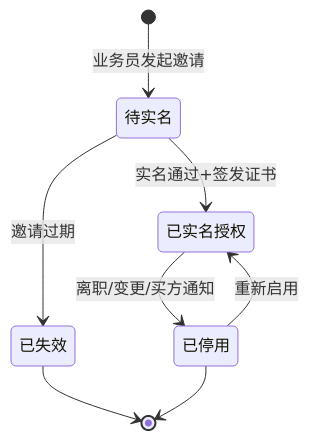
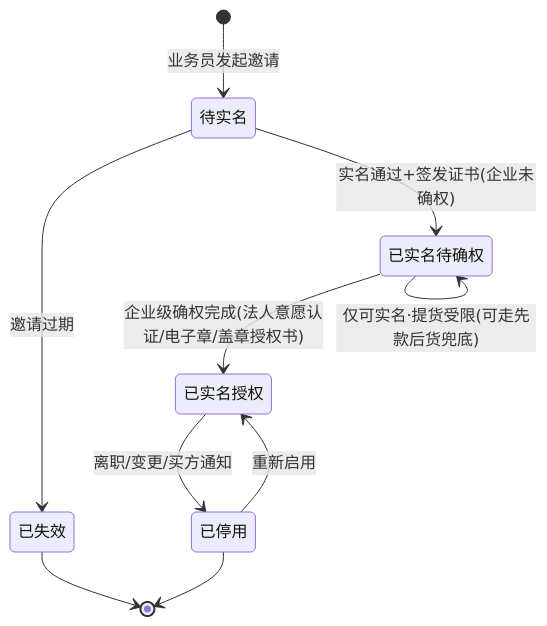
One commit to so6662001/QiyeShiming changed the second of 5 diagrams in docs/03-产品设计.md. Above: the diagram before and after it, drawn with Mermaid. The commit also changed other lines of this file and 4 other files, not shown here.

````diff
--- a/docs/03-产品设计.md
+++ b/docs/03-产品设计.md
@@ -166,10 +167,12 @@
 ```mermaid
 stateDiagram-v2
     [*] --> 待实名: 业务员发起邀请
-    待实名 --> 已实名授权: 实名通过+签发证书
+    待实名 --> 已实名待确权: 实名通过+签发证书(企业未确权)
     待实名 --> 已失效: 邀请过期
+    已实名待确权 --> 已实名授权: 企业级确权完成(法人意愿认证/电子章/盖章授权书)
+    已实名待确权 --> 已实名待确权: 仅可实名·提货受限(可走先款后货兜底)
     已实名授权 --> 已停用: 离职/变更/买方通知
     已停用 --> 已实名授权: 重新启用
     已失效 --> [*]
     已停用 --> [*]
 ```
````
